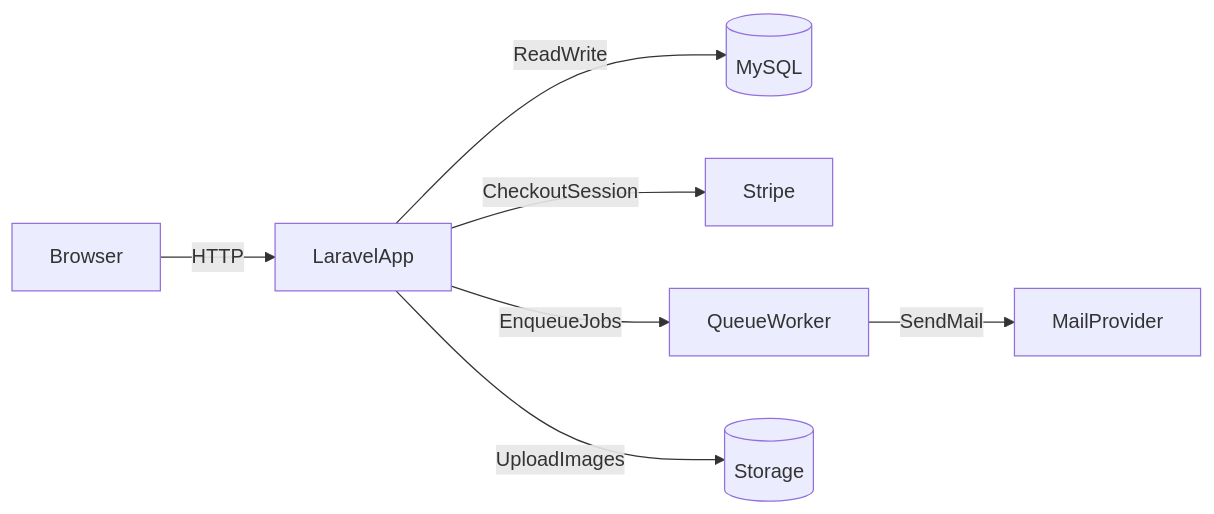
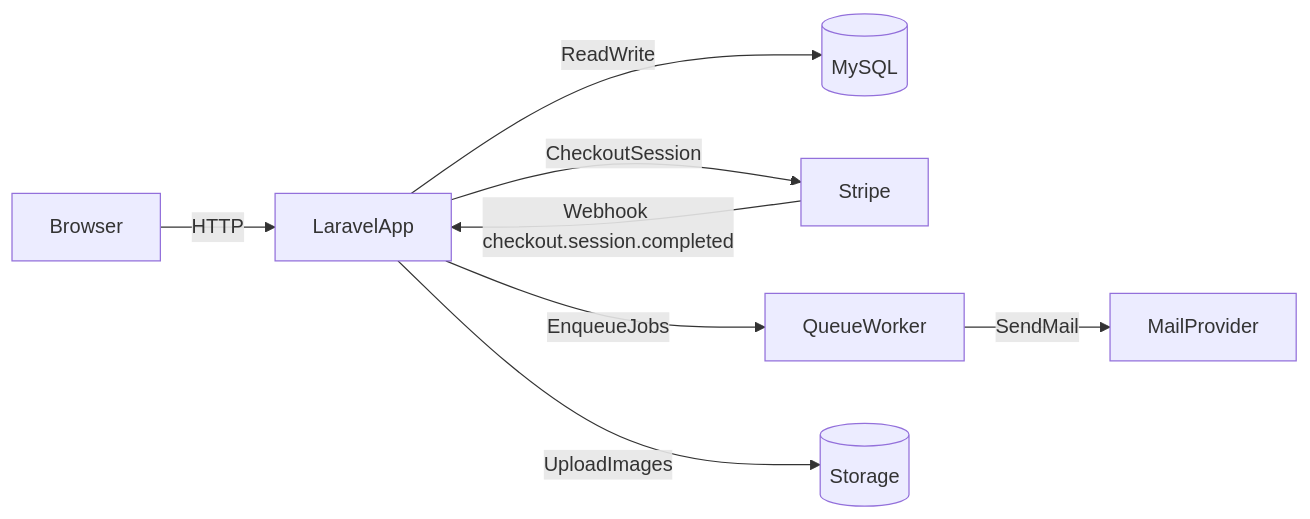
Before and after one commit to Hirotake-Shiraishi/laravel_umarche: the second of 2 diagrams in README.md, drawn with Mermaid. The commit also changed other lines of this file, not shown here.

Commit message:
READMEに追記 / Stripe Webhook による決済完了処理機能

````diff
--- a/README.md
+++ b/README.md
@@ -169,17 +185,18 @@
 ```mermaid
 flowchart LR
   Browser[Browser]
   App[LaravelApp]
   DB[(MySQL)]
   Stripe[Stripe]
   Mail[MailProvider]
   Queue[QueueWorker]
   Storage[(Storage)]
 
   Browser -->|HTTP| App
   App -->|ReadWrite| DB
   App -->|CheckoutSession| Stripe
+  Stripe -->|Webhook checkout.session.completed| App
   App -->|EnqueueJobs| Queue
   Queue -->|SendMail| Mail
   App -->|UploadImages| Storage
 ```
````
